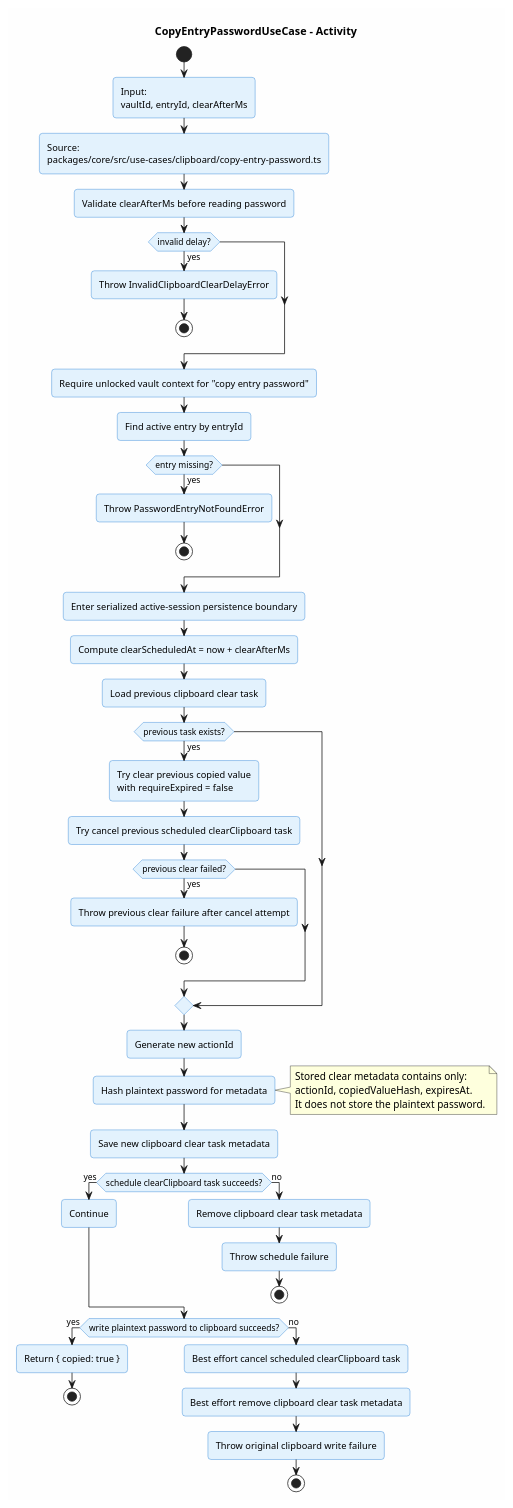
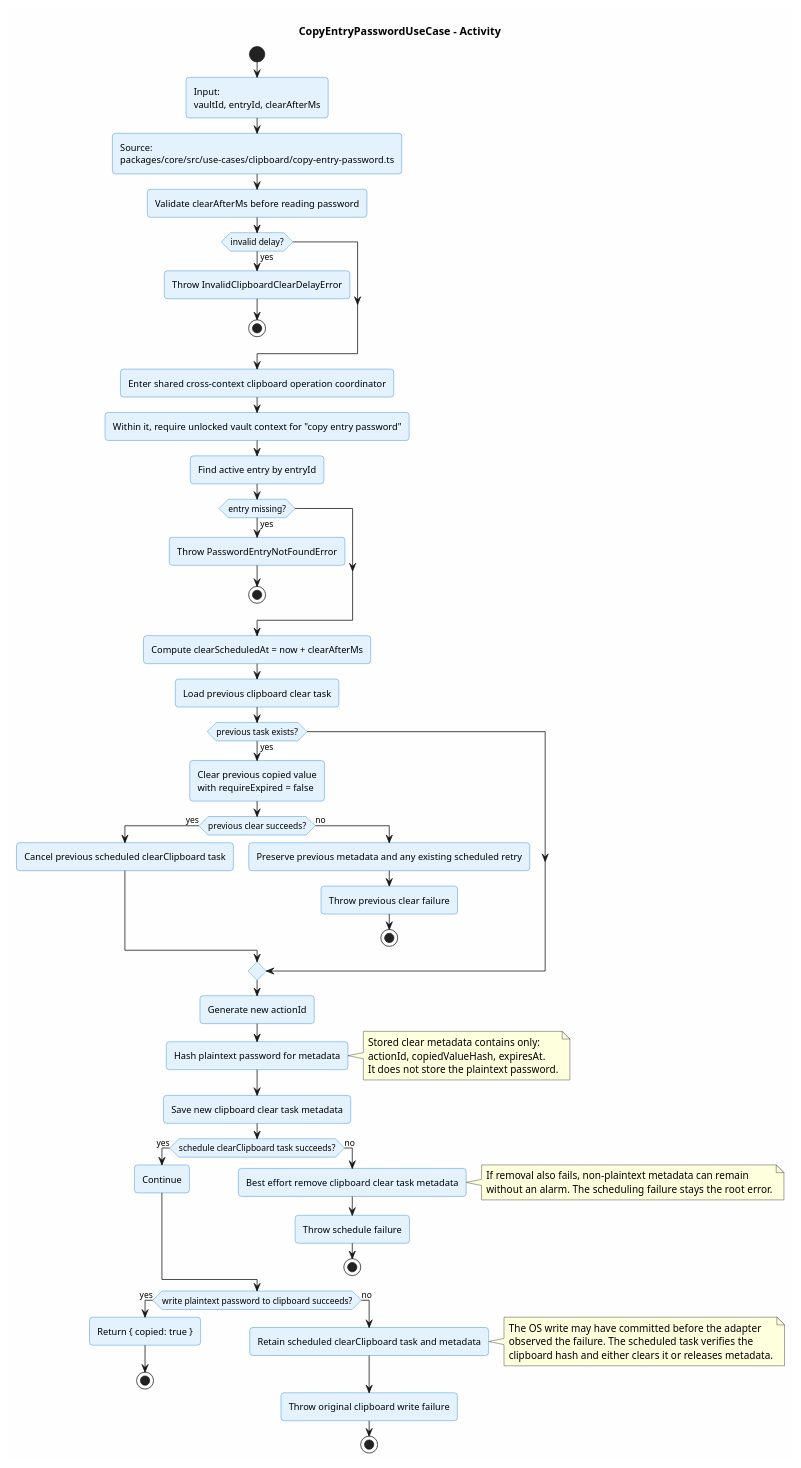
One commit to ArionStudio/engr-serverless-pm changed the diagram in docs/v1/use-case/clipboard/copy-entry-password.activity.puml. Above: the diagram before and after it, drawn with PlantUML. The commit also changed 8 other files, not shown here.

```diff
--- a/docs/v1/use-case/clipboard/copy-entry-password.activity.puml
+++ b/docs/v1/use-case/clipboard/copy-entry-password.activity.puml
@@ -1,66 +1,76 @@
 @startuml copy-entry-password-activity
 title CopyEntryPasswordUseCase - Activity
 
 skinparam backgroundColor #FEFEFE
 skinparam roundcorner 8
 skinparam shadowing false
 skinparam activity {
   BackgroundColor #E3F2FD
   BorderColor #1976D2
 }
 
 start
 :Input:\nvaultId, entryId, clearAfterMs;
 :Source:\npackages/core/src/use-cases/clipboard/copy-entry-password.ts;
 :Validate clearAfterMs before reading password;
 if (invalid delay?) then (yes)
   :Throw InvalidClipboardClearDelayError;
   stop
 endif
 
-:Require unlocked vault context for "copy entry password";
+:Enter shared cross-context clipboard operation coordinator;
+:Within it, require unlocked vault context for "copy entry password";
 :Find active entry by entryId;
 if (entry missing?) then (yes)
   :Throw PasswordEntryNotFoundError;
   stop
 endif
 
-:Enter serialized active-session persistence boundary;
 :Compute clearScheduledAt = now + clearAfterMs;
 :Load previous clipboard clear task;
 if (previous task exists?) then (yes)
-  :Try clear previous copied value\nwith requireExpired = false;
-  :Try cancel previous scheduled clearClipboard task;
-  if (previous clear failed?) then (yes)
-    :Throw previous clear failure after cancel attempt;
+  :Clear previous copied value\nwith requireExpired = false;
+  if (previous clear succeeds?) then (yes)
+    :Cancel previous scheduled clearClipboard task;
+  else (no)
+    :Preserve previous metadata and any existing scheduled retry;
+    :Throw previous clear failure;
     stop
   endif
 endif
 
 :Generate new actionId;
 :Hash plaintext password for metadata;
 note right
 Stored clear metadata contains only:
 actionId, copiedValueHash, expiresAt.
 It does not store the plaintext password.
 end note
 :Save new clipboard clear task metadata;
 
 if (schedule clearClipboard task succeeds?) then (yes)
   :Continue;
 else (no)
-  :Remove clipboard clear task metadata;
+  :Best effort remove clipboard clear task metadata;
+  note right
+  If removal also fails, non-plaintext metadata can remain
+  without an alarm. The scheduling failure stays the root error.
+  end note
   :Throw schedule failure;
   stop
 endif
 
 if (write plaintext password to clipboard succeeds?) then (yes)
   :Return { copied: true };
   stop
 else (no)
-  :Best effort cancel scheduled clearClipboard task;
-  :Best effort remove clipboard clear task metadata;
+  :Retain scheduled clearClipboard task and metadata;
+  note right
+  The OS write may have committed before the adapter
+  observed the failure. The scheduled task verifies the
+  clipboard hash and either clears it or releases metadata.
+  end note
   :Throw original clipboard write failure;
   stop
 endif
 @enduml
```
